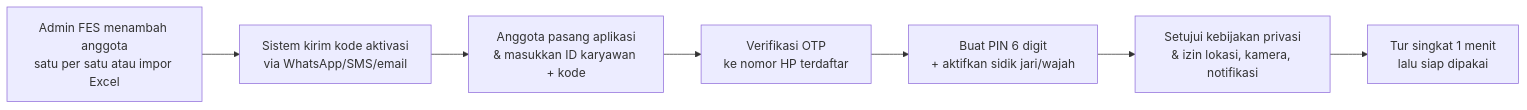
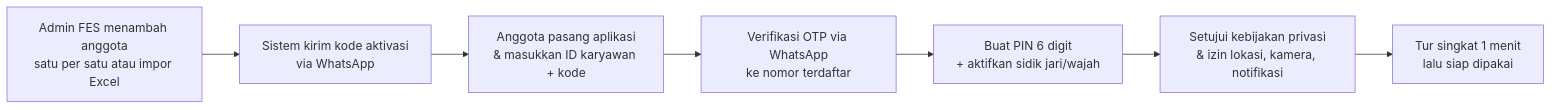
One commit to Ghyland17/leoghynizm changed the first of 3 diagrams in PRD.md. Above: the diagram before and after it, drawn with Mermaid. The commit also changed other lines of this file, not shown here.

First line of the commit message:
Use WhatsApp for activation and add shift scheduling feature to PRD

````diff
--- a/PRD.md
+++ b/PRD.md
@@ -425,9 +425,9 @@
 ```mermaid
 flowchart LR
-  A[Admin FES menambah anggota<br/>satu per satu atau impor Excel] --> B[Sistem kirim kode aktivasi<br/>via WhatsApp/SMS/email]
+  A[Admin FES menambah anggota<br/>satu per satu atau impor Excel] --> B[Sistem kirim kode aktivasi<br/>via WhatsApp]
   B --> C[Anggota pasang aplikasi<br/>& masukkan ID karyawan + kode]
-  C --> D[Verifikasi OTP<br/>ke nomor HP terdaftar]
+  C --> D[Verifikasi OTP via WhatsApp<br/>ke nomor terdaftar]
   D --> E[Buat PIN 6 digit<br/>+ aktifkan sidik jari/wajah]
   E --> F[Setujui kebijakan privasi<br/>& izin lokasi, kamera, notifikasi]
   F --> G[Tur singkat 1 menit<br/>lalu siap dipakai]
 ```
````
